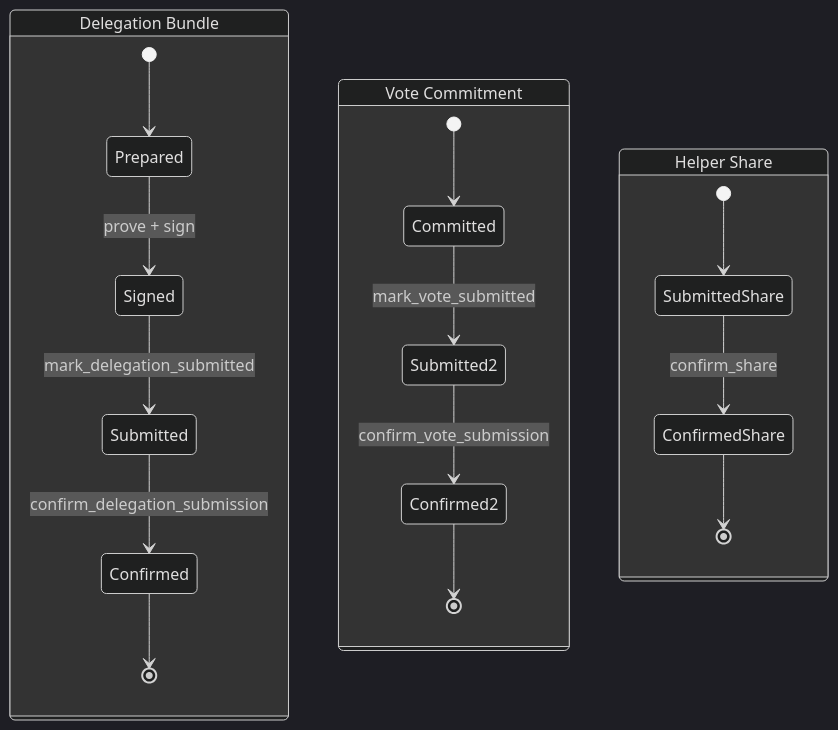
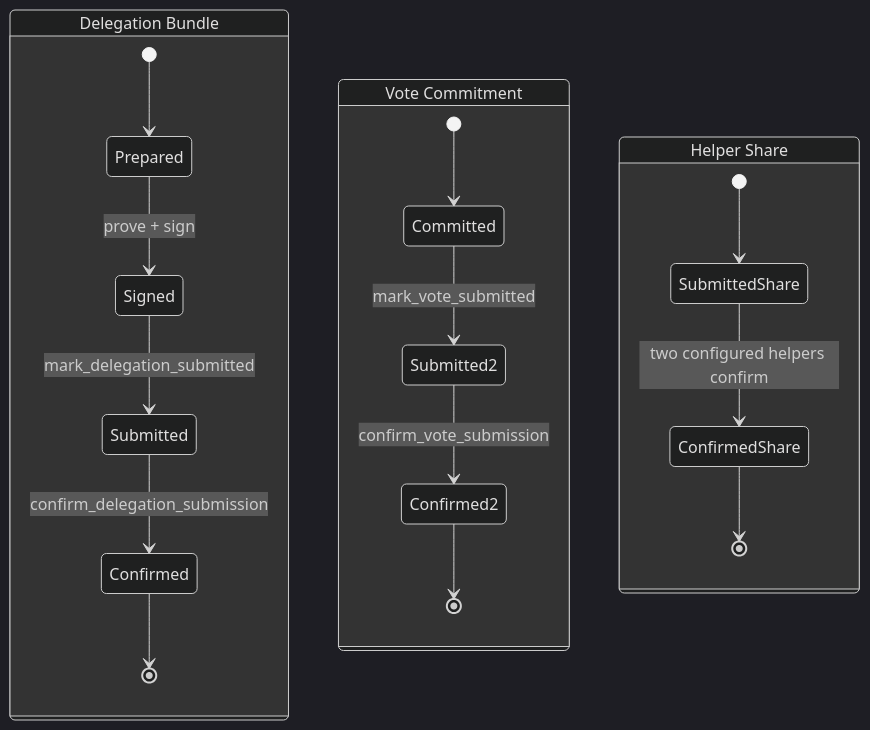
One commit to chainapsis/vizor-wallet changed the diagram in rust/src/wallet/voting/README.md. Above: the diagram before and after it, drawn with Mermaid (dark theme). The commit also changed other lines of this file and 26 other files, not shown here.

````diff
--- a/rust/src/wallet/voting/README.md
+++ b/rust/src/wallet/voting/README.md
@@ -125,21 +125,21 @@
 ```mermaid
 stateDiagram-v2
     state "Delegation Bundle" as Delegation {
         [*] --> Prepared
         Prepared --> Signed: prove + sign
         Signed --> Submitted: mark_delegation_submitted
         Submitted --> Confirmed: confirm_delegation_submission
         Confirmed --> [*]
     }
     state "Vote Commitment" as Vote {
         [*] --> Committed
         Committed --> Submitted2: mark_vote_submitted
         Submitted2 --> Confirmed2: confirm_vote_submission
         Confirmed2 --> [*]
     }
     state "Helper Share" as Share {
         [*] --> SubmittedShare
-        SubmittedShare --> ConfirmedShare: confirm_share
+        SubmittedShare --> ConfirmedShare: two configured helpers confirm
         ConfirmedShare --> [*]
     }
 ```
````
